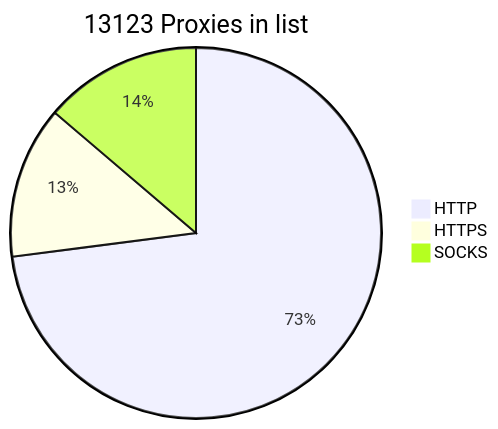
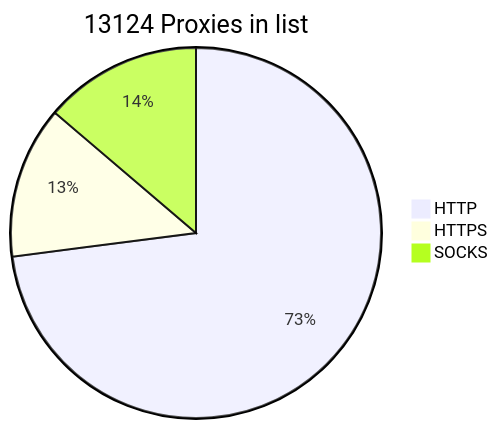
One commit to BlackSnowDot/proxylist-update-every-minute changed the diagram in README.md. Above: the diagram before and after it, drawn with Mermaid.

````diff
--- a/README.md
+++ b/README.md
@@ -2,6 +2,6 @@
 ```mermaid
-pie title 13123 Proxies in list
-    "HTTP" : 9864
+pie title 13124 Proxies in list
+    "HTTP" : 9865
     "HTTPS": 1796
     "SOCKS" : 1861
 ```
````
